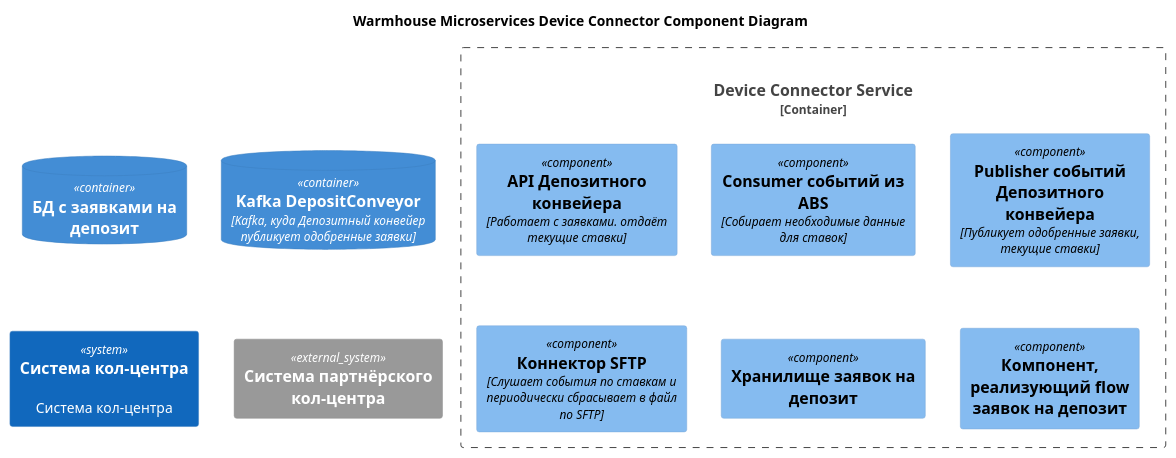
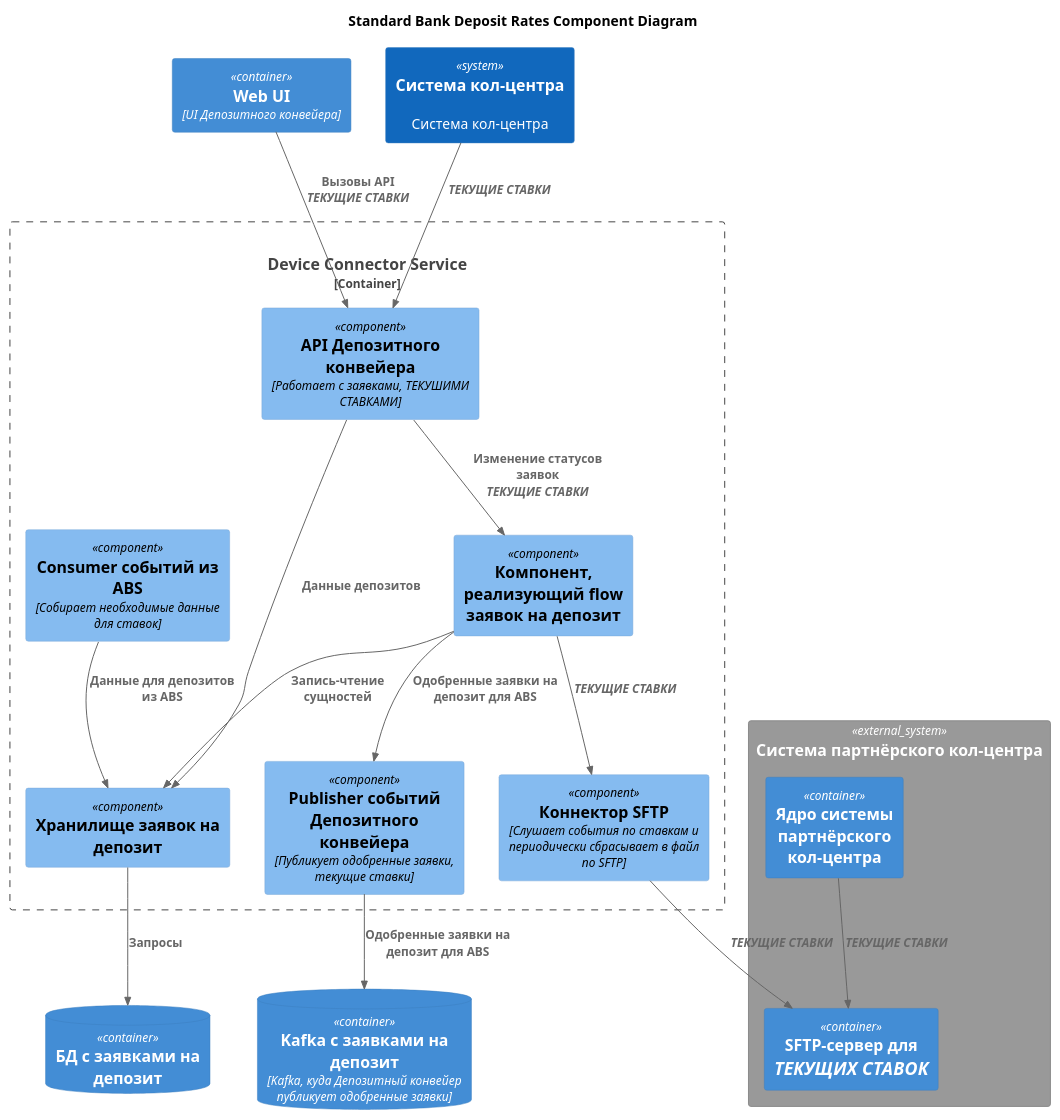
The diagram in Task4/Component.puml (El-76/architect-standard), drawn with PlantUML before and after one commit. The commit also changed 11 other files, not shown here.

```diff
--- a/Task4/Component.puml
+++ b/Task4/Component.puml
@@ -1,24 +1,49 @@
-@startuml Microservices
+@startuml StandardComponent
 
-title Warmhouse Microservices Device Connector Component Diagram
+title Standard Bank Deposit Rates Component Diagram
 
 !include <C4/C4_Component>
 
+Container(DepositConveyorUI, "Web UI", "UI Депозитного конвейера")
+
 Container_Boundary(DepositRepositoryService, "Device Connector Service", "Service", "Handles user interactions and system management") {
-    Component(DepositRepositoryAPI, "API Депозитного конвейера", "Работает с заявками. отдаёт текущие ставки")
+    Component(DepositRepositoryAPI, "API Депозитного конвейера", "Работает с заявками, <i>ТЕКУШИМИ СТАВКАМИ</i>")
     Component(ABSEventsListener, "Consumer событий из ABS", "Собирает необходимые данные для ставок")
     Component(DepositEventsPublisher, "Publisher событий Депозитного конвейера", "Публикует одобренные заявки, текущие ставки")
     Component(DepositRatesSFTPExporter, "Коннектор SFTP", "Слушает события по ставкам и периодически сбрасывает в файл по SFTP")
     Component(DepositStorage, "Хранилище заявок на депозит")
     Component(DepositFlowComponent, "Компонент, реализующий flow заявок на депозит")
+
+    Rel(ABSEventsListener, DepositStorage, "Данные для депозитов из ABS")
+    Rel(DepositFlowComponent, DepositStorage, "Запись-чтение сущностей")
+    Rel(DepositRepositoryAPI, DepositFlowComponent, "Изменение статусов заявок\n<i>ТЕКУЩИЕ СТАВКИ</i>")
+    Rel(DepositRepositoryAPI, DepositStorage, "Данные депозитов")
+
+    Rel(DepositFlowComponent, DepositEventsPublisher, "Одобренные заявки на депозит для ABS")
+    Rel(DepositFlowComponent, DepositRatesSFTPExporter, "<i>ТЕКУЩИЕ СТАВКИ</i>")
 }
+
+Rel(DepositConveyorUI, DepositRepositoryAPI, "Вызовы API\n<i>ТЕКУЩИЕ СТАВКИ</i>")
 
 ContainerDb(DepositRepositoryDatabase, "БД с заявками на депозит")
 
-ContainerDb(DepositMessageQueuee, "Kafka DepositConveyor", "Kafka, куда Депозитный конвейер публикует одобренные заявки")
+Rel(DepositStorage, DepositRepositoryDatabase, "Запросы")
+
+ContainerDb(DepositMessageQueuee, "Kafka с заявками на депозит", "Kafka, куда Депозитный конвейер публикует одобренные заявки")
+
+Rel(DepositEventsPublisher, DepositMessageQueuee, "Одобренные заявки на депозит для ABS")
 
 System(CRM, "Система кол-центра","Система кол-центра")
 
-System_Ext(PartnerCRM, "Система партнёрского кол-центра")
+Rel(CRM, DepositRepositoryAPI, "<i>ТЕКУЩИЕ СТАВКИ</i>")
+
+System_Ext(PartnerCRM, "Система партнёрского кол-центра") {
+    Container(PartnerCRMCore, "Ядро системы партнёрского кол-центра")
+    Container(PartnerCRMSFTPServer, "SFTP-сервер для <i>ТЕКУЩИХ СТАВОК</i>")
+
+    Rel(PartnerCRMCore, PartnerCRMSFTPServer, "<i>ТЕКУЩИЕ СТАВКИ</i>")
+}
+
+Rel(DepositRatesSFTPExporter, PartnerCRMSFTPServer, "<i>ТЕКУЩИЕ СТАВКИ</i>")
 
 @enduml
```
